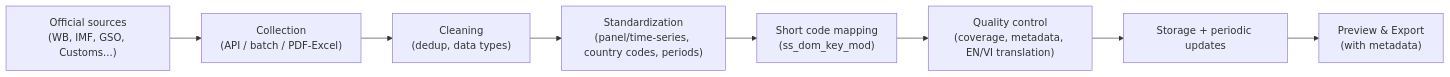
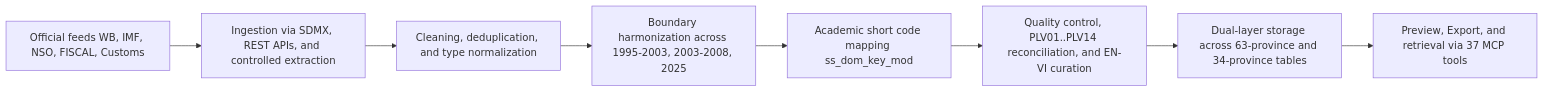
One commit to vietlod/docs changed the diagram in i18n/en/docusaurus-plugin-content-docs/current/ecodata/du-lieu/methodology.mdx. Above: the diagram before and after it, drawn with Mermaid. The commit also changed other lines of this file and 28 other files, not shown here.

````diff
--- a/i18n/en/docusaurus-plugin-content-docs/current/ecodata/du-lieu/methodology.mdx
+++ b/i18n/en/docusaurus-plugin-content-docs/current/ecodata/du-lieu/methodology.mdx
@@ -33,10 +39,10 @@
 ```mermaid
 flowchart LR
-  A["Official sources<br/>(WB, IMF, GSO, Customs...)"] --> B["Collection<br/>(API / batch / PDF-Excel)"]
-  B --> C["Cleaning<br/>(dedup, data types)"]
-  C --> D["Standardization<br/>(panel/time-series, country codes, periods)"]
-  D --> E["Short code mapping<br/>(ss_dom_key_mod)"]
-  E --> F["Quality control<br/>(coverage, metadata, EN/VI translation)"]
-  F --> G["Storage + periodic updates"]
-  G --> H["Preview & Export<br/>(with metadata)"]
+  A["Official feeds WB, IMF, NSO, FISCAL, Customs"] --> B["Ingestion via SDMX, REST APIs, and controlled extraction"]
+  B --> C["Cleaning, deduplication, and type normalization"]
+  C --> D["Boundary harmonization across 1995-2003, 2003-2008, 2025"]
+  D --> E["Academic short code mapping ss_dom_key_mod"]
+  E --> F["Quality control, PLV01..PLV14 reconciliation, and EN-VI curation"]
+  F --> G["Dual-layer storage across 63-province and 34-province tables"]
+  G --> H["Preview, Export, and retrieval via 37 MCP tools"]
 ```
````
